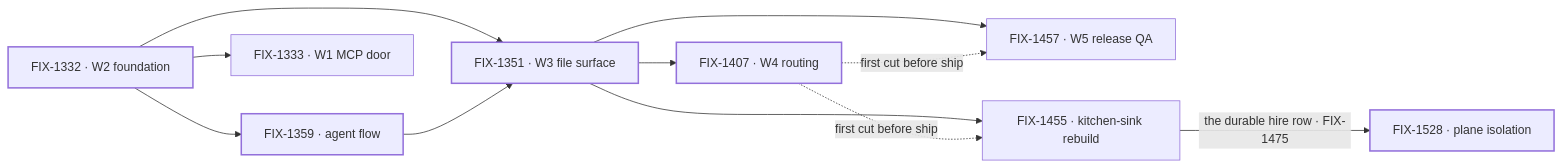
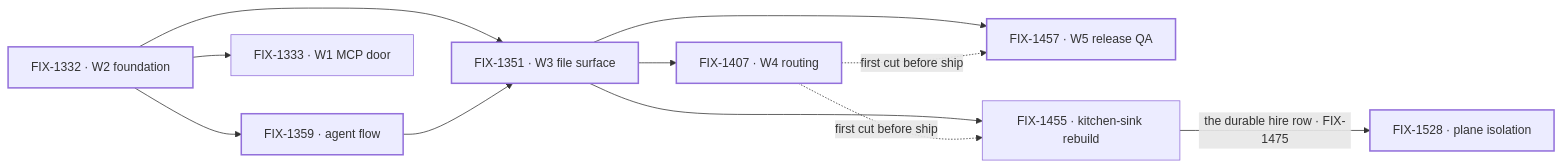
Before and after one commit to fixpoint-labs/flow-state-dev: the diagram in spec/_projects/workforce-layer-2-abstraction/SPEC.md, drawn with Mermaid. The commit also changed other lines of this file and 4 other files, not shown here.

````diff
--- a/spec/_projects/workforce-layer-2-abstraction/SPEC.md
+++ b/spec/_projects/workforce-layer-2-abstraction/SPEC.md
@@ -107,15 +106,15 @@
 ```mermaid
 flowchart LR
   W2["FIX-1332 · W2 foundation"] --> AF["FIX-1359 · agent flow"]
   W2 --> W3["FIX-1351 · W3 file surface"]
   AF --> W3
   W3 --> W4["FIX-1407 · W4 routing"]
   W3 --> W5["FIX-1457 · W5 release QA"]
   W3 --> KS["FIX-1455 · kitchen-sink rebuild"]
   W4 -.->|"first cut before ship"| W5
   W4 -.->|"first cut before ship"| KS
   KS -->|"the durable hire row · FIX-1475"| PI["FIX-1528 · plane isolation"]
   W2 --> W1["FIX-1333 · W1 MCP door"]
   classDef done stroke-width:2px
-  class W2,AF,W3,W4,PI done
+  class W2,AF,W3,W4,W5,PI done
 ```
````
